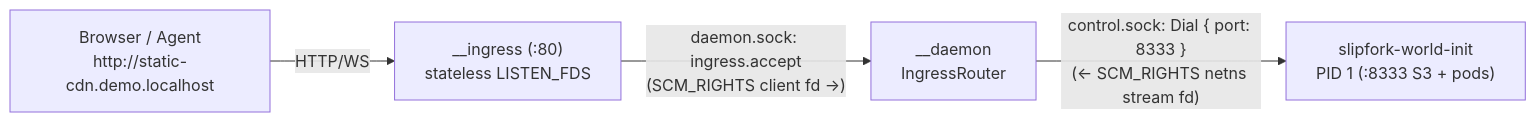
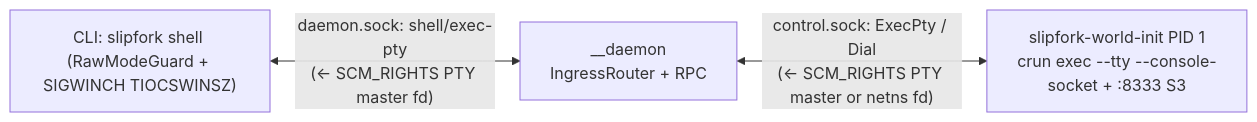
Before and after one commit to OffworldNexus/slipfork: the third of 3 diagrams in specs/03-under-the-hood.md, drawn with Mermaid. The commit also changed other lines of this file and 12 other files, not shown here.

Commit message:
[M3.49] Lock specs: real-PTY slipfork shell (db/redis deleted), DECSTBM 1-line-per-task bar & <1s 8-component fork

````diff
--- a/specs/03-under-the-hood.md
+++ b/specs/03-under-the-hood.md
@@ -97,6 +98,5 @@
 ```mermaid
 flowchart LR
-  Browser["Browser / Agent\nhttp://static-cdn.demo.localhost"] -->|"HTTP/WS"| Proxy["__ingress (:80)\nstateless LISTEN_FDS"]
-  Proxy -->|"daemon.sock: ingress.accept\n(SCM_RIGHTS client fd ->)"| Daemon["__daemon\nIngressRouter"]
-  Daemon -->|"control.sock: Dial { port: 8333 }\n(<- SCM_RIGHTS netns stream fd)"| Init["slipfork-world-init\nPID 1 (:8333 S3 + pods)"]
+  CLI["CLI: slipfork shell <target>\n(RawModeGuard + SIGWINCH TIOCSWINSZ)"] <-->|"daemon.sock: shell/exec-pty\n(<- SCM_RIGHTS PTY master fd)"| Daemon["__daemon\nIngressRouter + RPC"]
+  Daemon <-->|"control.sock: ExecPty / Dial\n(<- SCM_RIGHTS PTY master or netns fd)"| Init["slipfork-world-init PID 1\ncrun exec --tty --console-socket + :8333 S3"]
 ```
````
